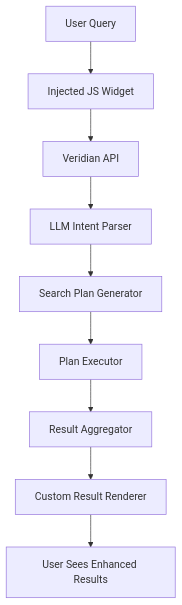
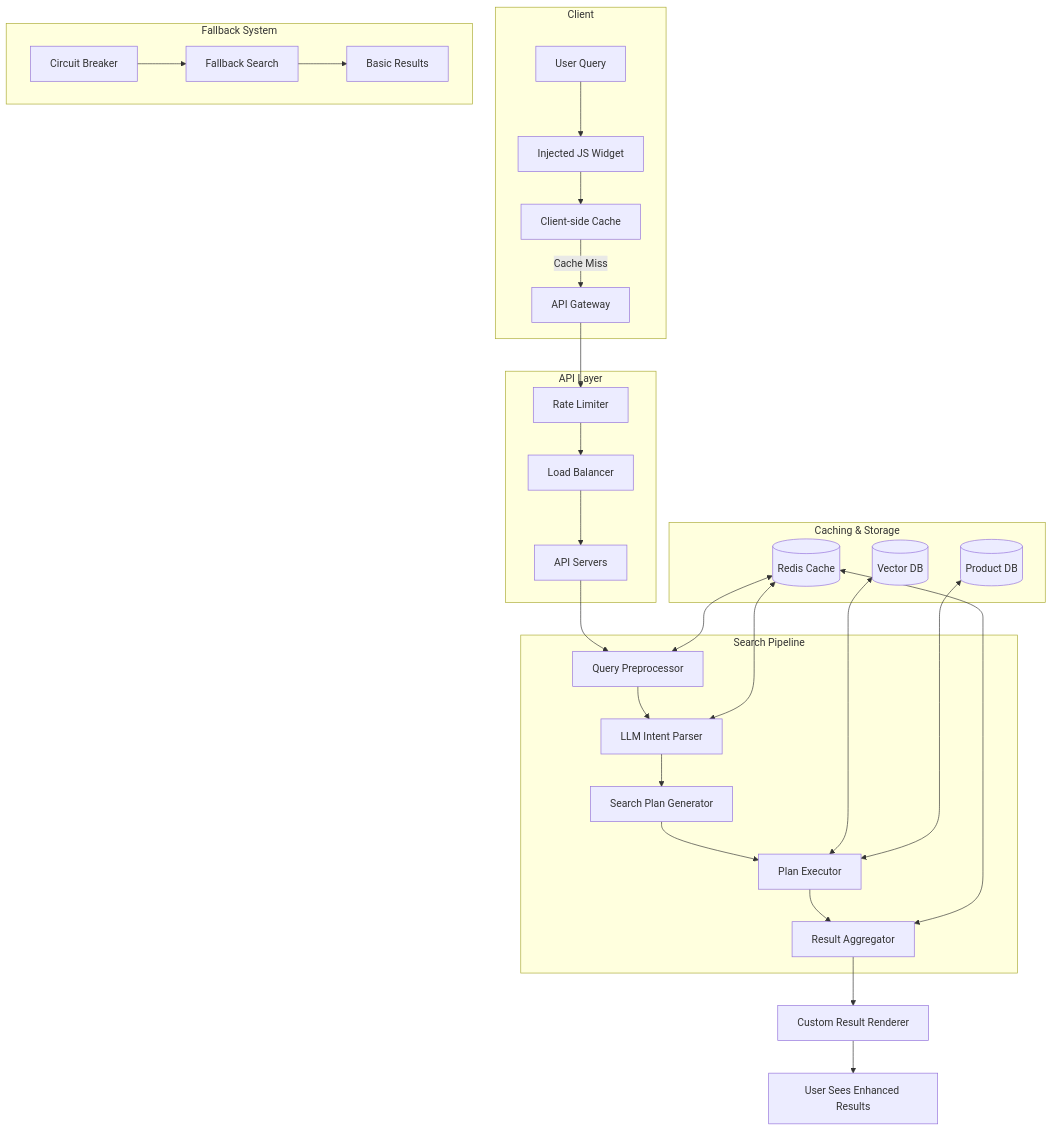
The first of 2 diagrams in content/posts/veridian-ai-search.md (AshKash/Ashwin-portfolio), drawn with Mermaid before and after one commit. The commit also changed other lines of this file, not shown here.

Commit message:
Update Veridian AI search post with improved system architecture

```diff
--- a/content/posts/veridian-ai-search.md
+++ b/content/posts/veridian-ai-search.md
@@ -60,11 +60,38 @@
 {{< mermaid >}}
 flowchart TD
-    A[User Query] --> B[Injected JS Widget]
-    B --> C[Veridian API]
-    C --> D[LLM Intent Parser]
-    D --> E[Search Plan Generator]
-    E --> F[Plan Executor]
-    F --> G[Result Aggregator]
-    G --> H[Custom Result Renderer]
-    H --> I[User Sees Enhanced Results]
+    subgraph Client
+        A[User Query] --> B[Injected JS Widget]
+        B --> C[Client-side Cache]
+        C -->|Cache Miss| D[API Gateway]
+    end
+
+    subgraph API Layer
+        D --> E[Rate Limiter]
+        E --> F[Load Balancer]
+        F --> G[API Servers]
+    end
+
+    subgraph Search Pipeline
+        G --> H[Query Preprocessor]
+        H --> I[LLM Intent Parser]
+        I --> J[Search Plan Generator]
+        J --> K[Plan Executor]
+        K --> L[Result Aggregator]
+    end
+
+    subgraph Caching & Storage
+        M[(Redis Cache)] <--> H
+        M <--> I
+        M <--> L
+        N[(Vector DB)] <--> K
+        O[(Product DB)] <--> K
+    end
+
+    subgraph Fallback System
+        P[Circuit Breaker] --> Q[Fallback Search]
+        Q --> R[Basic Results]
+    end
+
+    L --> V[Custom Result Renderer]
+    V --> W[User Sees Enhanced Results]
 {{< /mermaid >}}
```
